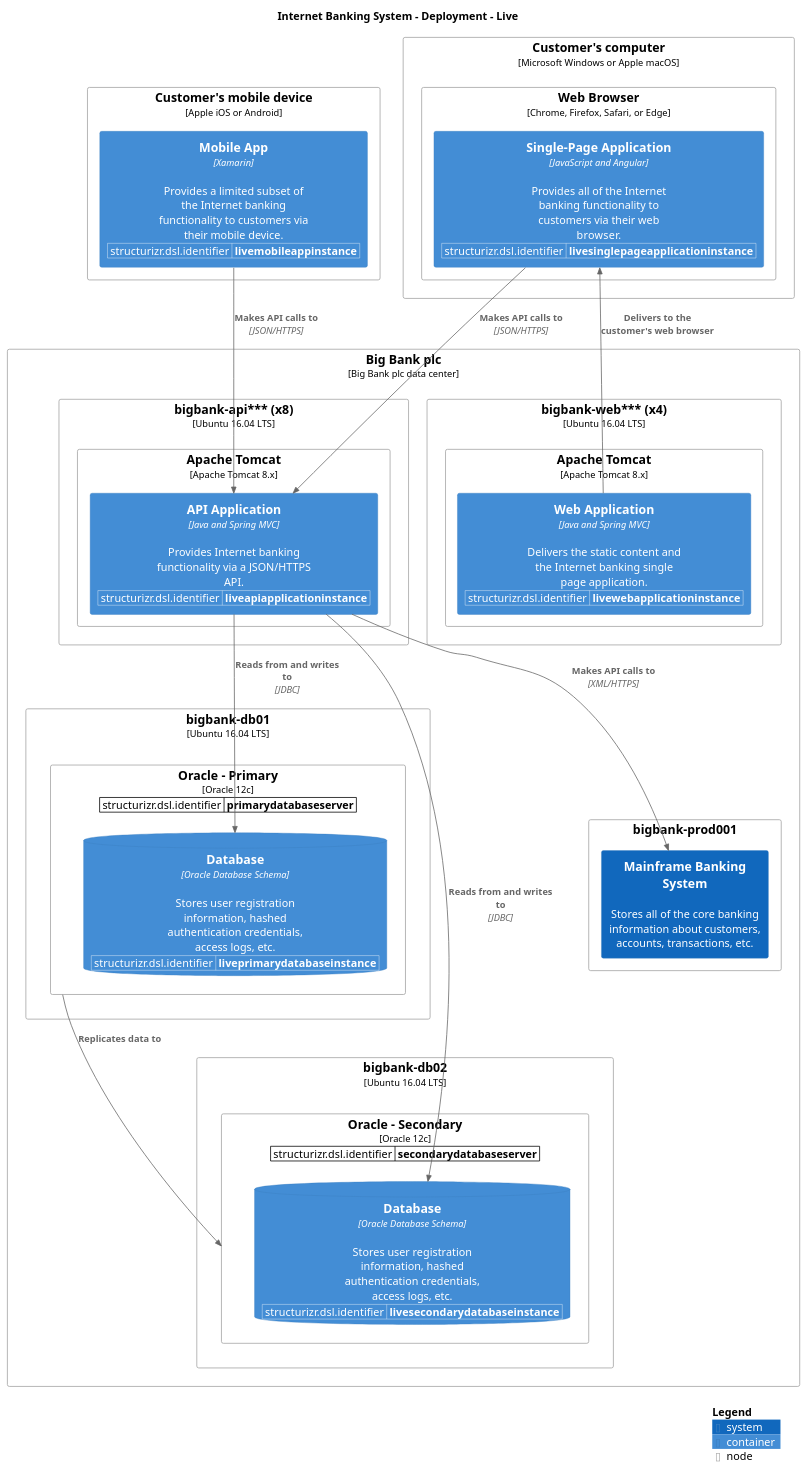
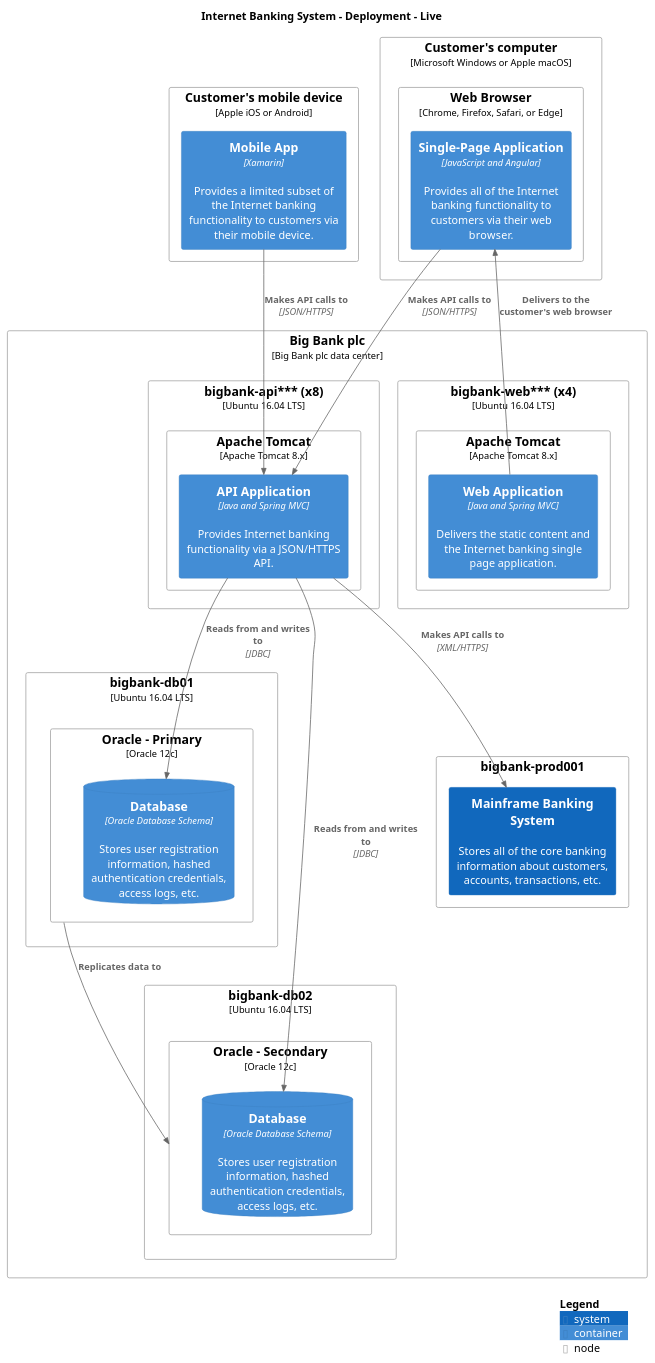
Before and after one commit to avisi-cloud/structurizr-site-generatr: the diagram in puml/LiveDeployment-LiveDeployment.puml, drawn with PlantUML. The commit also changed 76 other files, not shown here.

```diff
--- a/puml/LiveDeployment-LiveDeployment.puml
+++ b/puml/LiveDeployment-LiveDeployment.puml
@@ -1,85 +1,69 @@
 @startuml
 set separator none
 title Internet Banking System - Deployment - Live
 
 top to bottom direction
 
 !include https://raw.githubusercontent.com/plantuml-stdlib/C4-PlantUML/master/C4.puml
 !include https://raw.githubusercontent.com/plantuml-stdlib/C4-PlantUML/master/C4_Context.puml
 !include https://raw.githubusercontent.com/plantuml-stdlib/C4-PlantUML/master/C4_Container.puml
 !include https://raw.githubusercontent.com/plantuml-stdlib/C4-PlantUML/master/C4_Deployment.puml
 
 skinparam svgDimensionStyle false
 skinparam preserveAspectRatio meet
 Deployment_Node(Live.Customersmobiledevice, "Customer's mobile device", "Apple iOS or Android", $tags="") {
-  WithoutPropertyHeader()
-  AddProperty("structurizr.dsl.identifier","livemobileappinstance")
   Container(Live.Customersmobiledevice.MobileApp_1, "Mobile App", "Xamarin", "Provides a limited subset of the Internet banking functionality to customers via their mobile device.", $tags="")
 }
 
 Deployment_Node(Live.Customerscomputer, "Customer's computer", "Microsoft Windows or Apple macOS", $tags="") {
   Deployment_Node(Live.Customerscomputer.WebBrowser, "Web Browser", "Chrome, Firefox, Safari, or Edge", $tags="") {
-    WithoutPropertyHeader()
-    AddProperty("structurizr.dsl.identifier","livesinglepageapplicationinstance")
     Container(Live.Customerscomputer.WebBrowser.SinglePageApplication_1, "Single-Page Application", "JavaScript and Angular", "Provides all of the Internet banking functionality to customers via their web browser.", $tags="")
   }
 
 }
 
 Deployment_Node(Live.BigBankplc, "Big Bank plc", "Big Bank plc data center", $tags="") {
   Deployment_Node(Live.BigBankplc.bigbankapi, "bigbank-api*** (x8)", "Ubuntu 16.04 LTS", $tags="") {
     Deployment_Node(Live.BigBankplc.bigbankapi.ApacheTomcat, "Apache Tomcat", "Apache Tomcat 8.x", $tags="") {
-      WithoutPropertyHeader()
-      AddProperty("structurizr.dsl.identifier","liveapiapplicationinstance")
       Container(Live.BigBankplc.bigbankapi.ApacheTomcat.APIApplication_1, "API Application", "Java and Spring MVC", "Provides Internet banking functionality via a JSON/HTTPS API.", $tags="")
     }
 
   }
 
   Deployment_Node(Live.BigBankplc.bigbankdb01, "bigbank-db01", "Ubuntu 16.04 LTS", $tags="") {
-    WithoutPropertyHeader()
-    AddProperty("structurizr.dsl.identifier","primarydatabaseserver")
     Deployment_Node(Live.BigBankplc.bigbankdb01.OraclePrimary, "Oracle - Primary", "Oracle 12c", $tags="") {
-      WithoutPropertyHeader()
-      AddProperty("structurizr.dsl.identifier","liveprimarydatabaseinstance")
       ContainerDb(Live.BigBankplc.bigbankdb01.OraclePrimary.Database_1, "Database", "Oracle Database Schema", "Stores user registration information, hashed authentication credentials, access logs, etc.", $tags="")
     }
 
   }
 
   Deployment_Node(Live.BigBankplc.bigbankdb02, "bigbank-db02", "Ubuntu 16.04 LTS", $tags="") {
-    WithoutPropertyHeader()
-    AddProperty("structurizr.dsl.identifier","secondarydatabaseserver")
     Deployment_Node(Live.BigBankplc.bigbankdb02.OracleSecondary, "Oracle - Secondary", "Oracle 12c", $tags="") {
-      WithoutPropertyHeader()
-      AddProperty("structurizr.dsl.identifier","livesecondarydatabaseinstance")
       ContainerDb(Live.BigBankplc.bigbankdb02.OracleSecondary.Database_1, "Database", "Oracle Database Schema", "Stores user registration information, hashed authentication credentials, access logs, etc.", $tags="")
     }
 
   }
 
   Deployment_Node(Live.BigBankplc.bigbankprod001, "bigbank-prod001", $tags="") {
     System(Live.BigBankplc.bigbankprod001.MainframeBankingSystem_1, "Mainframe Banking System", "Stores all of the core banking information about customers, accounts, transactions, etc.", $tags="")
   }
 
   Deployment_Node(Live.BigBankplc.bigbankweb, "bigbank-web*** (x4)", "Ubuntu 16.04 LTS", $tags="") {
     Deployment_Node(Live.BigBankplc.bigbankweb.ApacheTomcat, "Apache Tomcat", "Apache Tomcat 8.x", $tags="") {
-      WithoutPropertyHeader()
-      AddProperty("structurizr.dsl.identifier","livewebapplicationinstance")
       Container(Live.BigBankplc.bigbankweb.ApacheTomcat.WebApplication_1, "Web Application", "Java and Spring MVC", "Delivers the static content and the Internet banking single page application.", $tags="")
     }
 
   }
 
 }
 
 Rel_D(Live.BigBankplc.bigbankweb.ApacheTomcat.WebApplication_1, Live.Customerscomputer.WebBrowser.SinglePageApplication_1, "Delivers to the customer's web browser", $tags="")
 Rel_D(Live.Customerscomputer.WebBrowser.SinglePageApplication_1, Live.BigBankplc.bigbankapi.ApacheTomcat.APIApplication_1, "Makes API calls to", "JSON/HTTPS", $tags="")
 Rel_D(Live.Customersmobiledevice.MobileApp_1, Live.BigBankplc.bigbankapi.ApacheTomcat.APIApplication_1, "Makes API calls to", "JSON/HTTPS", $tags="")
 Rel_D(Live.BigBankplc.bigbankapi.ApacheTomcat.APIApplication_1, Live.BigBankplc.bigbankdb01.OraclePrimary.Database_1, "Reads from and writes to", "JDBC", $tags="")
 Rel_D(Live.BigBankplc.bigbankapi.ApacheTomcat.APIApplication_1, Live.BigBankplc.bigbankdb02.OracleSecondary.Database_1, "Reads from and writes to", "JDBC", $tags="")
 Rel_D(Live.BigBankplc.bigbankapi.ApacheTomcat.APIApplication_1, Live.BigBankplc.bigbankprod001.MainframeBankingSystem_1, "Makes API calls to", "XML/HTTPS", $tags="")
 Rel_D(Live.BigBankplc.bigbankdb01.OraclePrimary, Live.BigBankplc.bigbankdb02.OracleSecondary, "Replicates data to", $tags="")
 
 SHOW_LEGEND(true)
 @enduml
```
